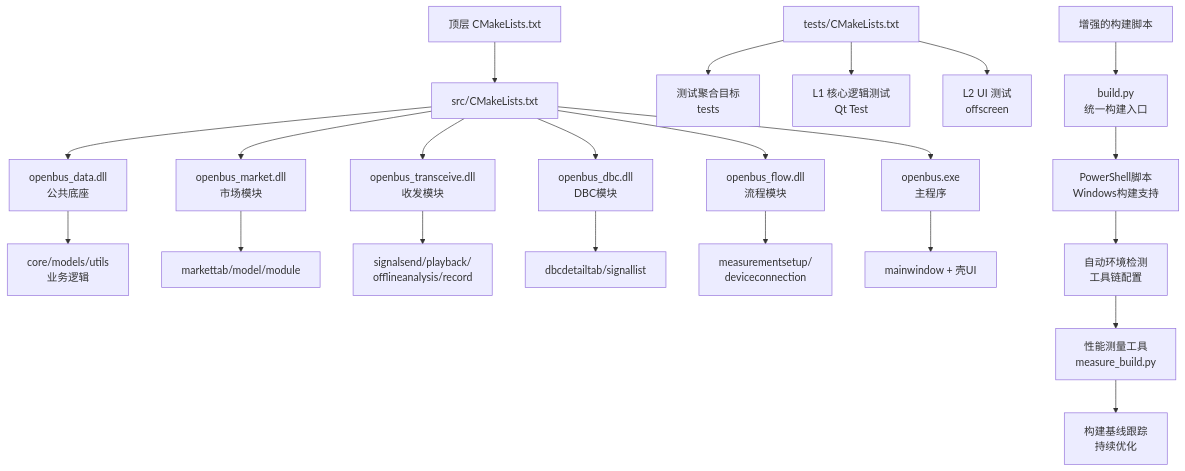
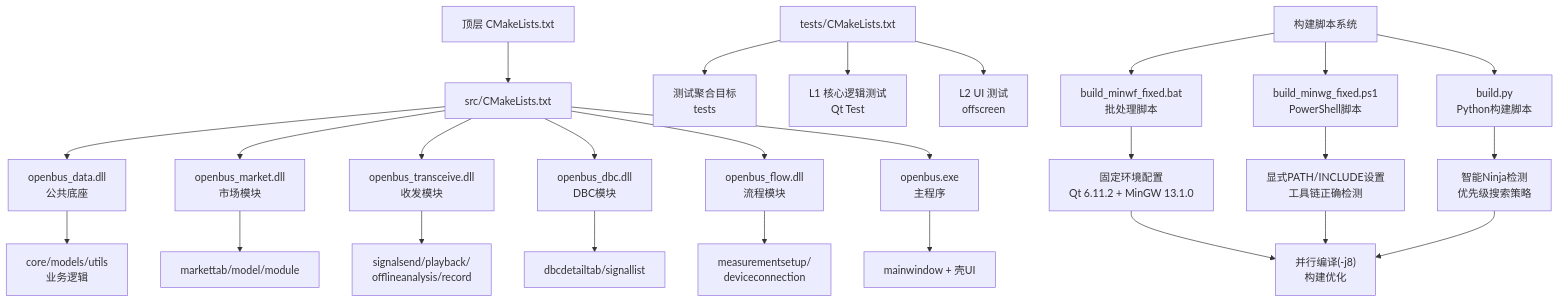
The first of 5 diagrams in .qoder/repowiki/zh/content/构建和部署/构建流程/构建流程.md (jakecai1225-design/OpenBus), drawn with Mermaid before and after one commit. The commit also changed other lines of this file and 11 other files, not shown here.

````diff
--- a/.qoder/repowiki/zh/content/构建和部署/构建流程/构建流程.md
+++ b/.qoder/repowiki/zh/content/构建和部署/构建流程/构建流程.md
@@ -72,24 +67,28 @@
 ```mermaid
 graph TB
 A["顶层 CMakeLists.txt"] --> B["src/CMakeLists.txt"]
 B --> C["openbus_data.dll<br/>公共底座"]
 B --> D["openbus_market.dll<br/>市场模块"]
 B --> E["openbus_transceive.dll<br/>收发模块"]
 B --> F["openbus_dbc.dll<br/>DBC模块"]
 B --> G["openbus_flow.dll<br/>流程模块"]
 B --> H["openbus.exe<br/>主程序"]
 C --> I["core/models/utils<br/>业务逻辑"]
 D --> J["markettab/model/module"]
 E --> K["signalsend/playback/<br/>offlineanalysis/record"]
 F --> L["dbcdetailtab/signallist"]
 G --> M["measurementsetup/<br/>deviceconnection"]
 H --> N["mainwindow + 壳UI"]
 O["tests/CMakeLists.txt"] --> P["测试聚合目标<br/>tests"]
 O --> Q["L1 核心逻辑测试<br/>Qt Test"]
 O --> R["L2 UI 测试<br/>offscreen"]
-S["增强的构建脚本"] --> T["build.py<br/>统一构建入口"]
-T --> U["PowerShell脚本<br/>Windows构建支持"]
-U --> V["自动环境检测<br/>工具链配置"]
-V --> W["性能测量工具<br/>measure_build.py"]
-W --> X["构建基线跟踪<br/>持续优化"]
+S["构建脚本系统"] --> T["build_minwf_fixed.bat<br/>批处理脚本"]
+S --> U["build_minwg_fixed.ps1<br/>PowerShell脚本"]
+S --> V["build.py<br/>Python构建脚本"]
+T --> W["固定环境配置<br/>Qt 6.11.2 + MinGW 13.1.0"]
+U --> X["显式PATH/INCLUDE设置<br/>工具链正确检测"]
+V --> Y["智能Ninja检测<br/>优先级搜索策略"]
+W --> Z["并行编译(-j8)<br/>构建优化"]
+X --> Z
+Y --> Z
 ```
````
